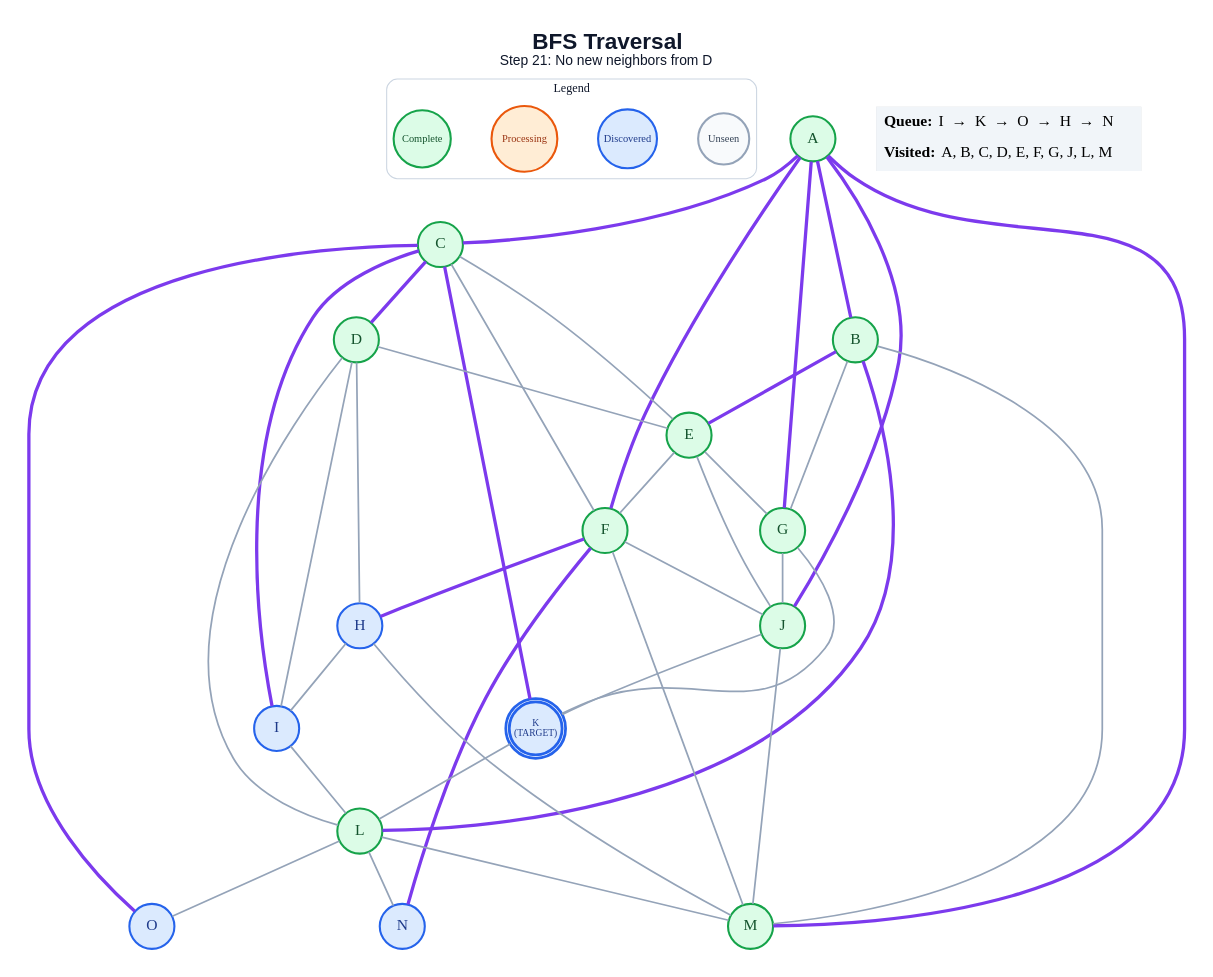
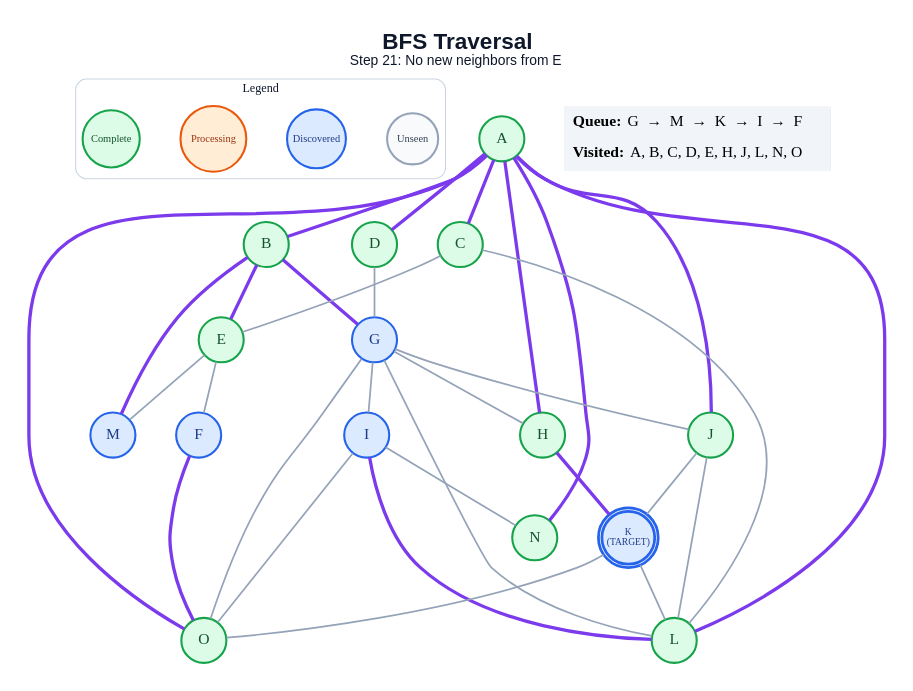
Before and after one commit to anon7238593-create/ai-slop: the diagram in generated/bfs/step_21.dot, drawn with Graphviz. The commit also changed 288 other files, not shown here.

```diff
--- a/generated/bfs/step_21.dot
+++ b/generated/bfs/step_21.dot
@@ -1,72 +1,64 @@
 graph traversal {
   graph [layout=dot, rankdir=TB, bgcolor="#FFFFFF", pad="0.35", nodesep="0.65", ranksep="0.8", fontname="Arial"];
   node [shape=circle, style="filled", fontname="Arial Bold", fontsize=18, width=0.72, fixedsize=true, penwidth=2.4];
   edge [color="#94A3B8", penwidth=2.0];
-  label=<<B>BFS Traversal</B><BR/><FONT POINT-SIZE="16">Step 21: No new neighbors from D</FONT>>; labelloc="t"; fontsize=26; fontname="Arial"; fontcolor="#0F172A";
+  label=<<B>BFS Traversal</B><BR/><FONT POINT-SIZE="16">Step 21: No new neighbors from E</FONT>>; labelloc="t"; fontsize=26; fontname="Arial"; fontcolor="#0F172A";
   subgraph cluster_legend { label="Legend"; color="#CBD5E1"; penwidth=1.2; style="rounded"; fontsize=14; fontname="Arial Bold";
     key_unseen [label="Unseen", fillcolor="#F8FAFC", color="#94A3B8", fontcolor="#334155", fontsize=12, width=0.82];
     key_frontier [label="Discovered", fillcolor="#DBEAFE", color="#2563EB", fontcolor="#1E3A8A", fontsize=12, width=0.95];
     key_current [label="Processing", fillcolor="#FFEDD5", color="#EA580C", fontcolor="#9A3412", fontsize=12, width=1.05];
     key_done [label="Complete", fillcolor="#DCFCE7", color="#16A34A", fontcolor="#14532D", fontsize=12, width=0.92];
     { rank=same; key_unseen; key_frontier; key_current; key_done; }
   }
   A [label="A", fillcolor="#DCFCE7", color="#16A34A", fontcolor="#14532D", peripheries=1, penwidth=2.4];
   B [label="B", fillcolor="#DCFCE7", color="#16A34A", fontcolor="#14532D", peripheries=1, penwidth=2.4];
   C [label="C", fillcolor="#DCFCE7", color="#16A34A", fontcolor="#14532D", peripheries=1, penwidth=2.4];
   D [label="D", fillcolor="#DCFCE7", color="#16A34A", fontcolor="#14532D", peripheries=1, penwidth=2.4];
   E [label="E", fillcolor="#DCFCE7", color="#16A34A", fontcolor="#14532D", peripheries=1, penwidth=2.4];
-  F [label="F", fillcolor="#DCFCE7", color="#16A34A", fontcolor="#14532D", peripheries=1, penwidth=2.4];
-  G [label="G", fillcolor="#DCFCE7", color="#16A34A", fontcolor="#14532D", peripheries=1, penwidth=2.4];
-  H [label="H", fillcolor="#DBEAFE", color="#2563EB", fontcolor="#1E3A8A", peripheries=1, penwidth=2.4];
+  F [label="F", fillcolor="#DBEAFE", color="#2563EB", fontcolor="#1E3A8A", peripheries=1, penwidth=2.4];
+  G [label="G", fillcolor="#DBEAFE", color="#2563EB", fontcolor="#1E3A8A", peripheries=1, penwidth=2.4];
+  H [label="H", fillcolor="#DCFCE7", color="#16A34A", fontcolor="#14532D", peripheries=1, penwidth=2.4];
   I [label="I", fillcolor="#DBEAFE", color="#2563EB", fontcolor="#1E3A8A", peripheries=1, penwidth=2.4];
   J [label="J", fillcolor="#DCFCE7", color="#16A34A", fontcolor="#14532D", peripheries=1, penwidth=2.4];
   K [label="K\n(TARGET)", fillcolor="#DBEAFE", color="#2563EB", fontcolor="#1E3A8A", peripheries=2, penwidth=3.2, fontsize=11, width=0.85, height=0.85];
   L [label="L", fillcolor="#DCFCE7", color="#16A34A", fontcolor="#14532D", peripheries=1, penwidth=2.4];
-  M [label="M", fillcolor="#DCFCE7", color="#16A34A", fontcolor="#14532D", peripheries=1, penwidth=2.4];
-  N [label="N", fillcolor="#DBEAFE", color="#2563EB", fontcolor="#1E3A8A", peripheries=1, penwidth=2.4];
-  O [label="O", fillcolor="#DBEAFE", color="#2563EB", fontcolor="#1E3A8A", peripheries=1, penwidth=2.4];
+  M [label="M", fillcolor="#DBEAFE", color="#2563EB", fontcolor="#1E3A8A", peripheries=1, penwidth=2.4];
+  N [label="N", fillcolor="#DCFCE7", color="#16A34A", fontcolor="#14532D", peripheries=1, penwidth=2.4];
+  O [label="O", fillcolor="#DCFCE7", color="#16A34A", fontcolor="#14532D", peripheries=1, penwidth=2.4];
   A -- B [color="#7C3AED", penwidth=3.8];
   A -- C [color="#7C3AED", penwidth=3.8];
-  A -- F [color="#7C3AED", penwidth=3.8];
-  A -- G [color="#7C3AED", penwidth=3.8];
+  A -- D [color="#7C3AED", penwidth=3.8];
+  A -- H [color="#7C3AED", penwidth=3.8];
   A -- J [color="#7C3AED", penwidth=3.8];
-  A -- M [color="#7C3AED", penwidth=3.8];
+  A -- L [color="#7C3AED", penwidth=3.8];
+  A -- N [color="#7C3AED", penwidth=3.8];
+  A -- O [color="#7C3AED", penwidth=3.8];
   B -- E [color="#7C3AED", penwidth=3.8];
-  B -- G;
-  B -- L [color="#7C3AED", penwidth=3.8];
-  B -- M;
-  C -- D [color="#7C3AED", penwidth=3.8];
+  B -- G [color="#7C3AED", penwidth=3.8];
+  B -- M [color="#7C3AED", penwidth=3.8];
   C -- E;
-  C -- F;
-  C -- I [color="#7C3AED", penwidth=3.8];
-  C -- K [color="#7C3AED", penwidth=3.8];
-  C -- O [color="#7C3AED", penwidth=3.8];
-  D -- E;
-  D -- H;
-  D -- I;
-  D -- L;
+  C -- L;
+  D -- G;
   E -- F;
-  E -- G;
-  E -- J;
-  F -- H [color="#7C3AED", penwidth=3.8];
-  F -- J;
-  F -- M;
-  F -- N [color="#7C3AED", penwidth=3.8];
+  E -- M;
+  F -- O [color="#7C3AED", penwidth=3.8];
+  G -- H;
+  G -- I;
   G -- J;
-  G -- K;
-  H -- I;
-  H -- M;
-  I -- L;
+  G -- L;
+  G -- O;
+  H -- K [color="#7C3AED", penwidth=3.8];
+  I -- L [color="#7C3AED", penwidth=3.8];
+  I -- N;
+  I -- O;
   J -- K;
-  J -- M;
+  J -- L;
   K -- L;
-  L -- M;
-  L -- N;
-  L -- O;
+  K -- O;
   status [shape=plain, fixedsize=false, width=0, height=0, margin=0, label=<
     <TABLE BORDER="0" CELLBORDER="0" CELLPADDING="7" BGCOLOR="#F1F5F9">
-      <TR><TD ALIGN="LEFT"><B>Queue:</B> I  →  K  →  O  →  H  →  N</TD></TR>
-      <TR><TD ALIGN="LEFT"><B>Visited:</B> A, B, C, D, E, F, G, J, L, M</TD></TR>
+      <TR><TD ALIGN="LEFT"><B>Queue:</B> G  →  M  →  K  →  I  →  F</TD></TR>
+      <TR><TD ALIGN="LEFT"><B>Visited:</B> A, B, C, D, E, H, J, L, N, O</TD></TR>
     </TABLE>
   >];
 }
```
